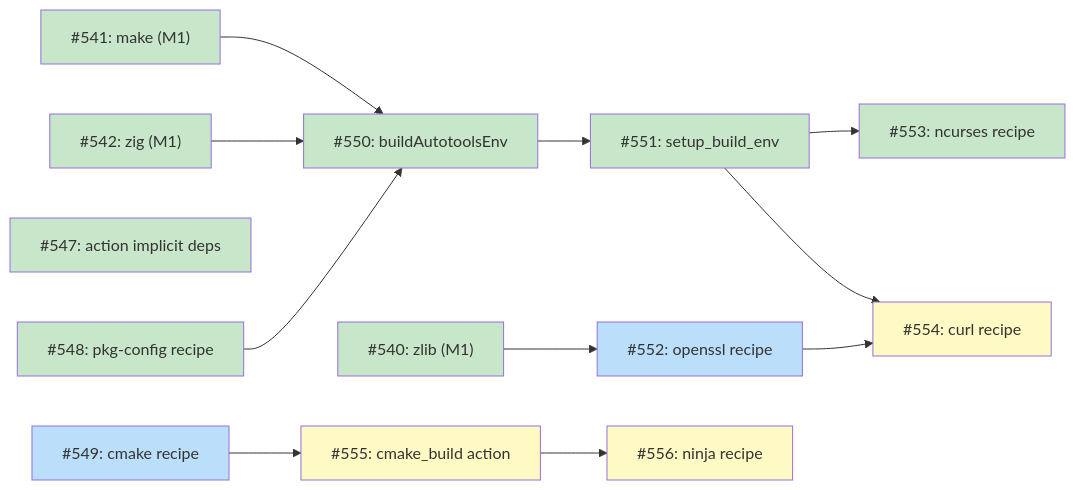
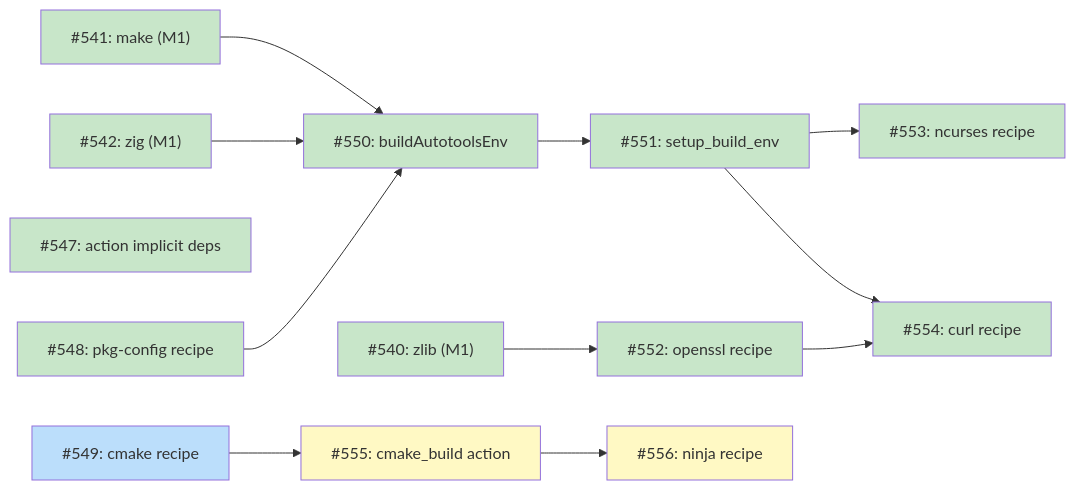
One commit to tsuku-dev/tsuku changed the second of 4 diagrams in docs/DESIGN-dependency-provisioning.md. Above: the diagram before and after it, drawn with Mermaid. The commit also changed other lines of this file and 1 other file, not shown here.

Commit message:
feat(recipes): add cmake recipe using homebrew
Add cmake recipe to enable CMake build system provisioning across all
platforms. CMake is a cross-platform build system generator required
for many modern projects.

The recipe follows the established pattern from other build essentials:
- Uses homebrew action to download pre-built bottles
- Installs binaries with directory mode to preserve full structure
- Includes verification with cmake --version

Also updates DESIGN-dependency-provisioning.md to mark issues #552
(openssl) and #554 (curl) as done in mermaid diagrams per project
conventions.

````diff
--- a/docs/DESIGN-dependency-provisioning.md
+++ b/docs/DESIGN-dependency-provisioning.md
@@ -62,36 +62,36 @@
 ```mermaid
 graph LR
     I540["#540: zlib (M1)"]
     I541["#541: make (M1)"]
     I542["#542: zig (M1)"]
     I547["#547: action implicit deps"]
     I548["#548: pkg-config recipe"]
     I549["#549: cmake recipe"]
     I550["#550: buildAutotoolsEnv"]
     I551["#551: setup_build_env"]
     I552["#552: openssl recipe"]
     I553["#553: ncurses recipe"]
     I554["#554: curl recipe"]
     I555["#555: cmake_build action"]
     I556["#556: ninja recipe"]
 
     I541 --> I550
     I542 --> I550
     I548 --> I550
     I550 --> I551
     I540 --> I552
     I551 --> I553
     I551 --> I554
     I552 --> I554
     I549 --> I555
     I555 --> I556
 
     classDef done fill:#c8e6c9
     classDef ready fill:#bbdefb
     classDef blocked fill:#fff9c4
     classDef external fill:#e0e0e0
 
-    class I540,I541,I542,I547,I548,I550,I551,I553 done
-    class I549,I552 ready
-    class I554,I555,I556 blocked
+    class I540,I541,I542,I547,I548,I550,I551,I552,I553,I554 done
+    class I549 ready
+    class I555,I556 blocked
 ```
````
